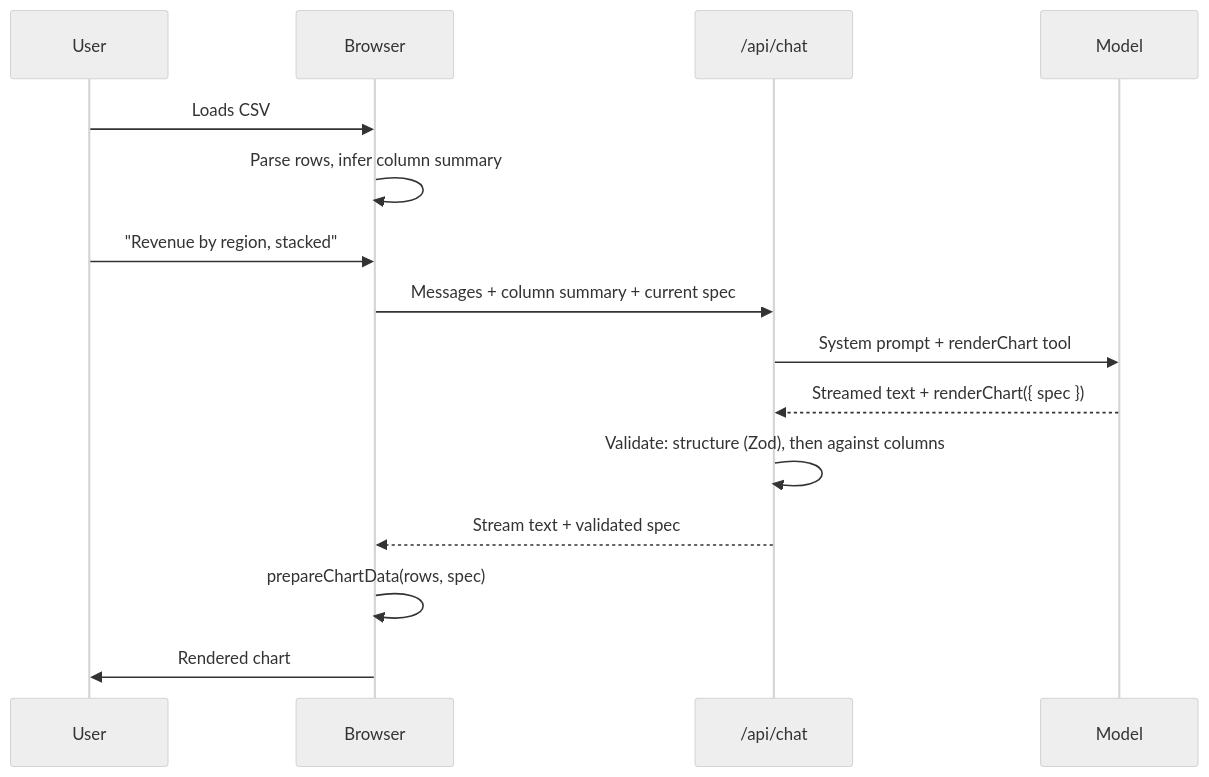
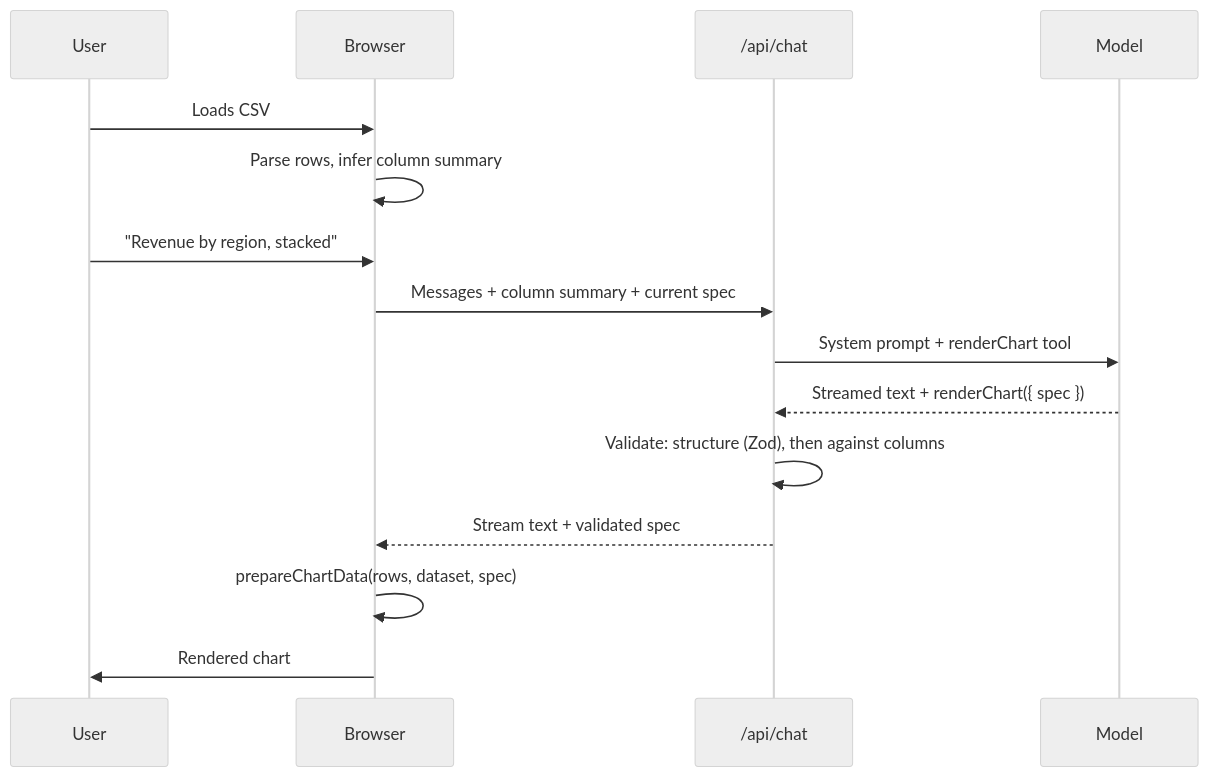
One commit to ives/chartseer changed the diagram in docs/ARCHITECTURE.md. Above: the diagram before and after it, drawn with Mermaid (neutral theme). The commit also changed other lines of this file and 4 other files, not shown here.

Commit message:
shaping data for charts

````diff
--- a/docs/ARCHITECTURE.md
+++ b/docs/ARCHITECTURE.md
@@ -19,17 +19,17 @@
 ```mermaid
 sequenceDiagram
   participant U as User
   participant B as Browser
   participant S as /api/chat
   participant M as Model
   U->>B: Loads CSV
   B->>B: Parse rows, infer column summary
   U->>B: "Revenue by region, stacked"
   B->>S: Messages + column summary + current spec
   S->>M: System prompt + renderChart tool
   M-->>S: Streamed text + renderChart({ spec })
   S->>S: Validate: structure (Zod), then against columns
   S-->>B: Stream text + validated spec
-  B->>B: prepareChartData(rows, spec)
+  B->>B: prepareChartData(rows, dataset, spec)
   B->>U: Rendered chart
 ```
````
